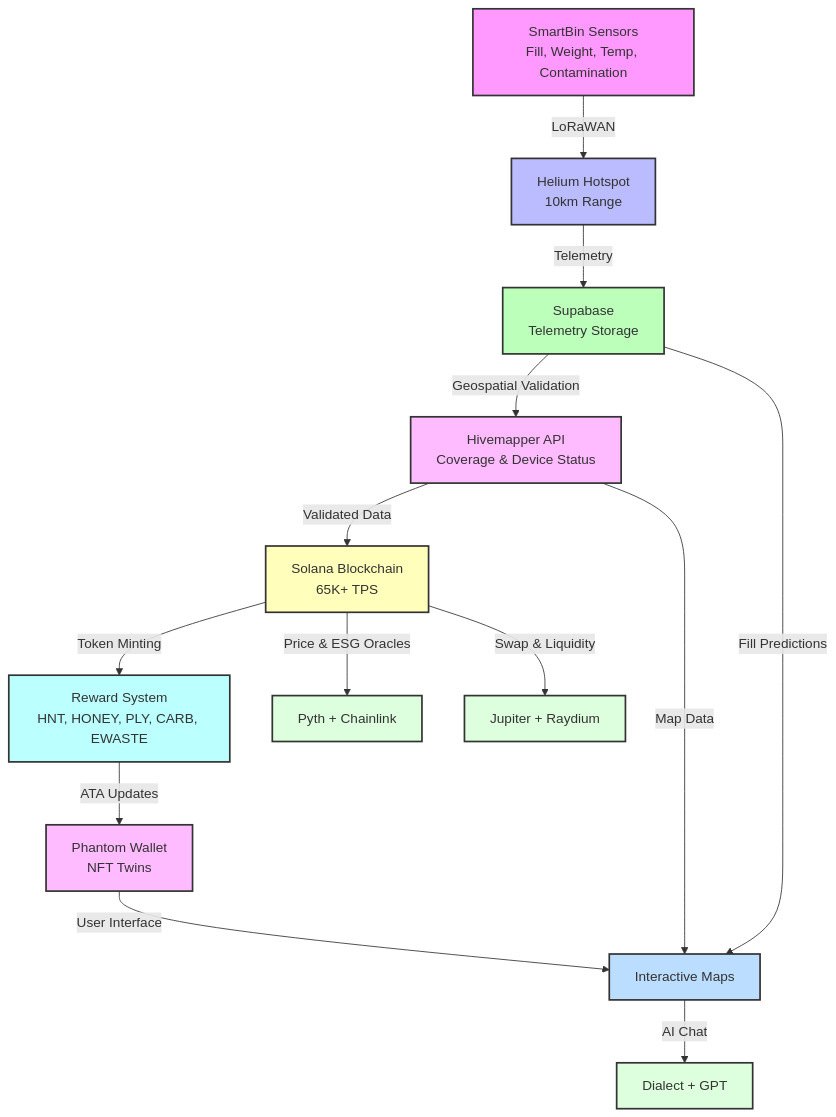
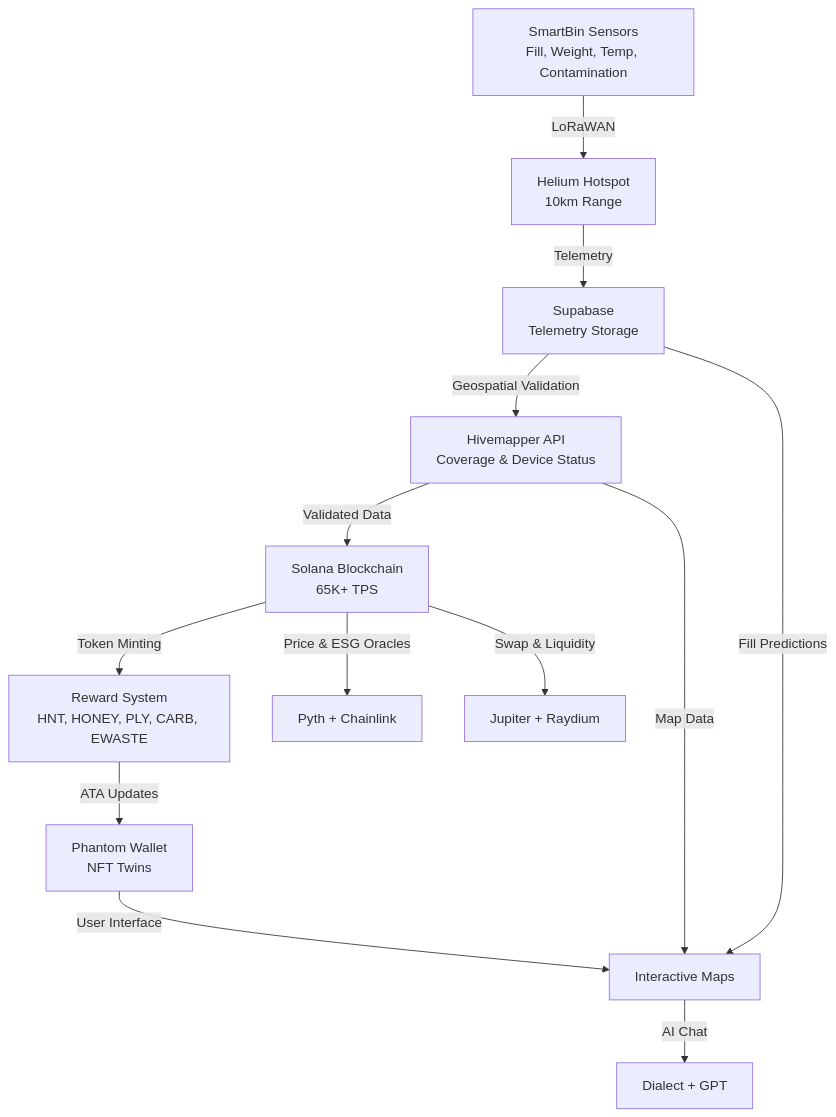
The diagram in README.md (PolymersNetwork/polymers-protocol), drawn with Mermaid before and after one commit. The commit also changed other lines of this file, not shown here.

`````diff
--- a/README.md
+++ b/README.md
@@ -35,27 +28,15 @@
 ```mermaid
 graph TD
     A[SmartBin Sensors<br>Fill, Weight, Temp, Contamination] -->|LoRaWAN| B[Helium Hotspot<br>10km Range]
     B -->|Telemetry| C[Supabase<br>Telemetry Storage]
     C -->|Geospatial Validation| D[Hivemapper API<br>Coverage & Device Status]
     D -->|Validated Data| E[Solana Blockchain<br>65K+ TPS]
     E -->|Token Minting| F[Reward System<br>HNT, HONEY, PLY, CARB, EWASTE]
     F -->|ATA Updates| G[Phantom Wallet<br>NFT Twins]
     G -->|User Interface| H[Dashboard & Mobile App<br>Real-Time Analytics]
     C -->|Fill Predictions| H[LSTM Analytics<br>via Supabase]
     D -->|Map Data| H[Interactive Maps]
     E -->|Price & ESG Oracles| I[Pyth + Chainlink]
     E -->|Swap & Liquidity| J[Jupiter + Raydium]
     H -->|AI Chat| K[Dialect + GPT]
-
-    style A fill:#f9f,stroke:#333,stroke-width:2px
-    style B fill:#bbf,stroke:#333,stroke-width:2px
-    style C fill:#bfb,stroke:#333,stroke-width:2px
-    style D fill:#fbf,stroke:#333,stroke-width:2px
-    style E fill:#ffb,stroke:#333,stroke-width:2px
-    style F fill:#bff,stroke:#333,stroke-width:2px
-    style G fill:#fbf,stroke:#333,stroke-width:2px
-    style H fill:#bdf,stroke:#333,stroke-width:2px
-    style I fill:#dfd,stroke:#333,stroke-width:2px
-    style J fill:#dfd,stroke:#333,stroke-width:2px
-    style K fill:#dfd,stroke:#333,stroke-width:2px
-```
+````
`````
